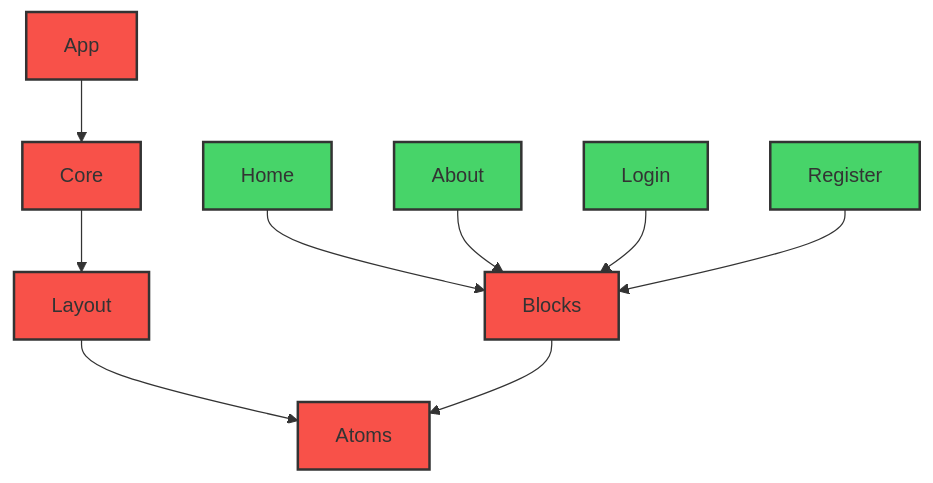
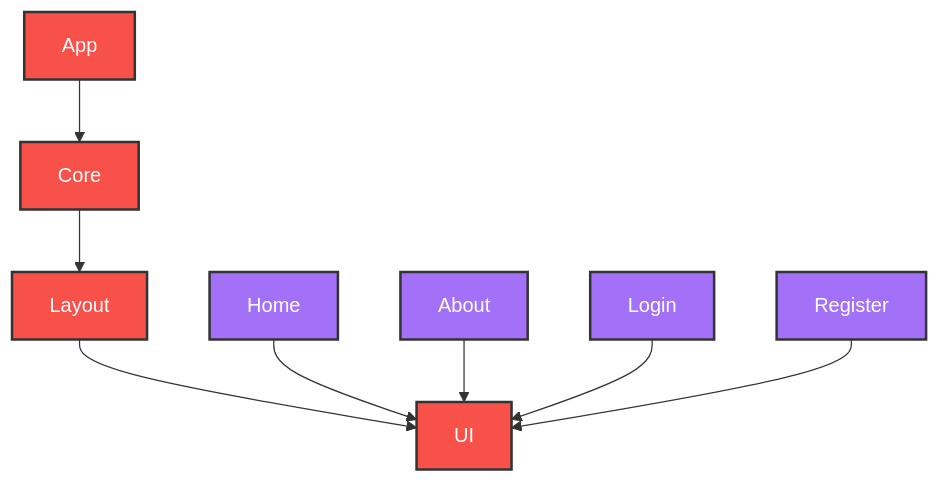
The first of 2 diagrams in docs/declarative.tree.md (AlbertoBasalo/ng-classic-lab), drawn with Mermaid before and after one commit. The commit also changed other lines of this file and 12 other files, not shown here.

````diff
--- a/docs/declarative.tree.md
+++ b/docs/declarative.tree.md
@@ -5,23 +5,22 @@
 ```mermaid
 graph TD
     App --> Core
     Core --> Layout
-    Layout --> Atoms
+    Layout --> UI
 
-    Home --> Blocks
+    Home --> UI
 
-    About --> Blocks
+    About --> UI
 
-    Login --> Blocks
+    Login --> UI
 
-    Register --> Blocks
+    Register --> UI
 
-    Blocks --> Atoms
 
     %% Styling
-    classDef eager fill:#f85149,stroke:#333,stroke-width:2px;
-    class App,Core,Layout,Atoms,Blocks eager;
-    classDef lazy fill:#47d469,stroke:#333,stroke-width:2px;
+    classDef eager color:#fff,fill:#f85149,stroke:#333,stroke-width:2px;
+    class App,Core,Layout,UI eager;
+    classDef lazy color:#fff,fill:#a371f7,stroke:#333,stroke-width:2px;
     class Home,About,Login,Register lazy;
 
 ```
````
